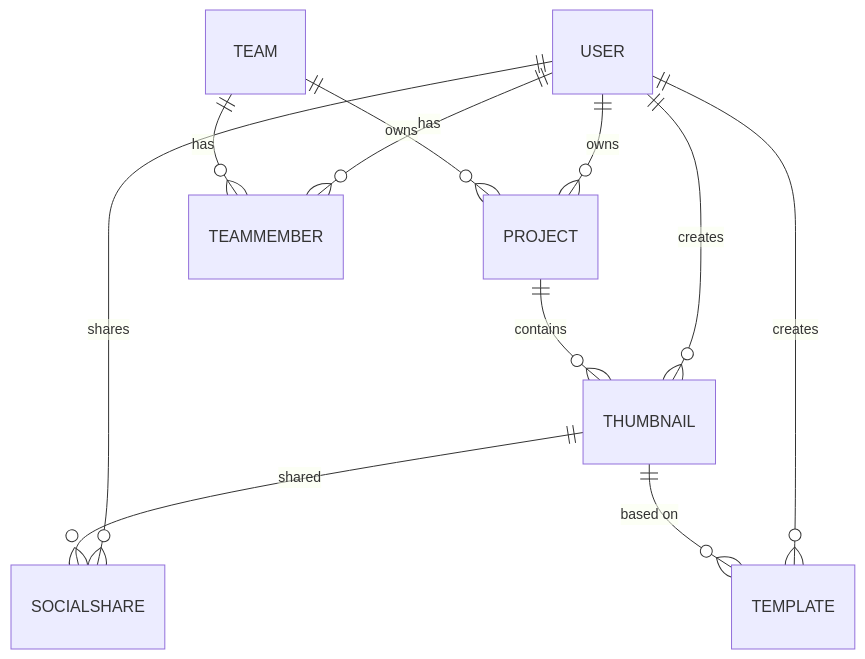
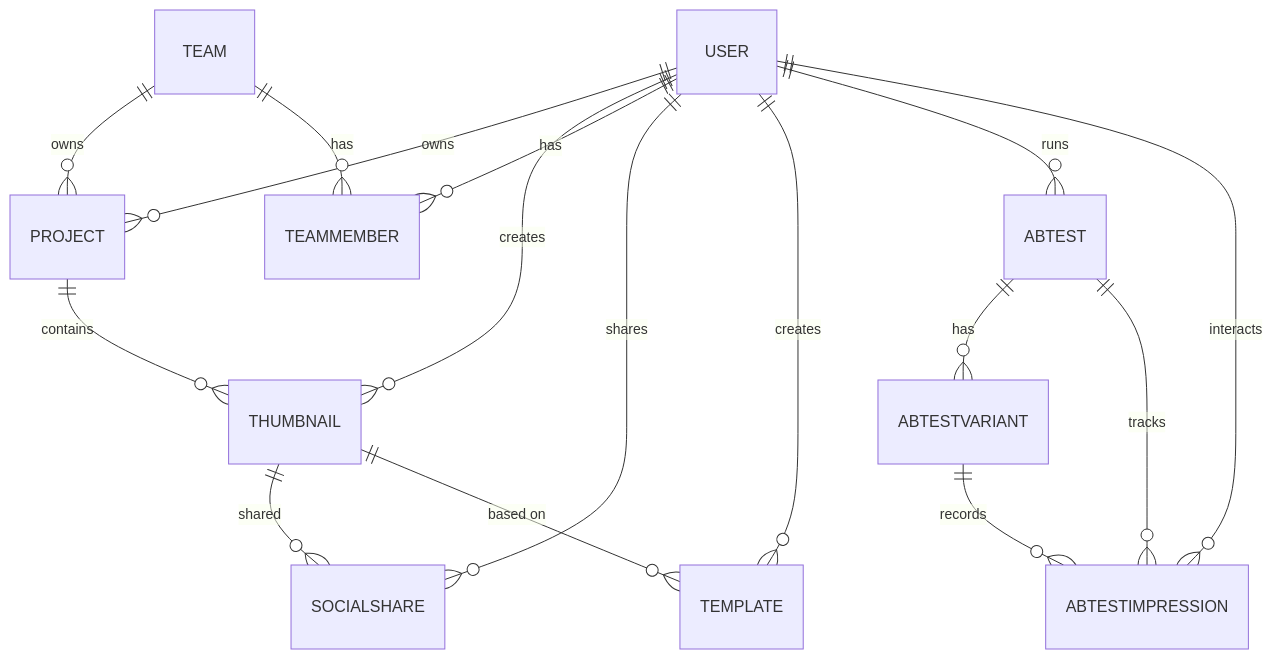
Before and after one commit to Brimstow/ThumPiks: the first of 5 diagrams in .qoder/repowiki/en/content/Database Schema & ORM/Prisma Schema Definition/Prisma Schema Definition.md, drawn with Mermaid. The commit also changed other lines of this file and 900 other files, not shown here.

````diff
--- a/.qoder/repowiki/en/content/Database Schema & ORM/Prisma Schema Definition/Prisma Schema Definition.md
+++ b/.qoder/repowiki/en/content/Database Schema & ORM/Prisma Schema Definition/Prisma Schema Definition.md
@@ -240,13 +555,18 @@
 ```mermaid
 erDiagram
 USER ||--o{ PROJECT : "owns"
 USER ||--o{ THUMBNAIL : "creates"
 PROJECT ||--o{ THUMBNAIL : "contains"
 TEAM ||--o{ PROJECT : "owns"
 USER ||--o{ TEAMMEMBER : "has"
 TEAM ||--o{ TEAMMEMBER : "has"
 USER ||--o{ SOCIALSHARE : "shares"
 THUMBNAIL ||--o{ SOCIALSHARE : "shared"
 USER ||--o{ TEMPLATE : "creates"
 THUMBNAIL ||--o{ TEMPLATE : "based on"
+ABTEST ||--o{ ABTESTVARIANT : "has"
+ABTEST ||--o{ ABTESTIMPRESSION : "tracks"
+ABTESTVARIANT ||--o{ ABTESTIMPRESSION : "records"
+USER ||--o{ ABTEST : "runs"
+USER ||--o{ ABTESTIMPRESSION : "interacts"
 ```
````
